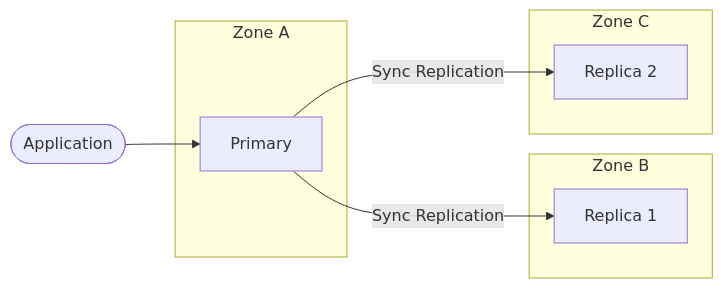
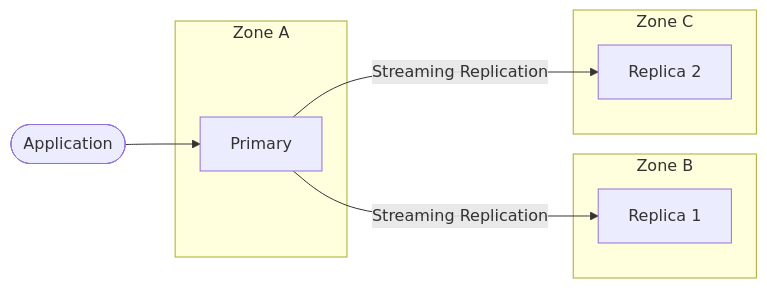
One commit to documentdb/documentdb-kubernetes-operator changed the first of 2 diagrams in docs/operator-public-documentation/preview/high-availability/local-ha.md. Above: the diagram before and after it, drawn with Mermaid. The commit also changed other lines of this file and 2 other files, not shown here.

````diff
--- a/docs/operator-public-documentation/preview/high-availability/local-ha.md
+++ b/docs/operator-public-documentation/preview/high-availability/local-ha.md
@@ -18,16 +25,16 @@
 ```mermaid
 flowchart LR
     subgraph zone1[Zone A]
         P[Primary]
     end
     subgraph zone2[Zone B]
         R1[Replica 1]
     end
     subgraph zone3[Zone C]
         R2[Replica 2]
     end
     
     App([Application]) --> P
-    P -->|Sync Replication| R1
-    P -->|Sync Replication| R2
+    P -->|Streaming Replication| R1
+    P -->|Streaming Replication| R2
 ```
````
